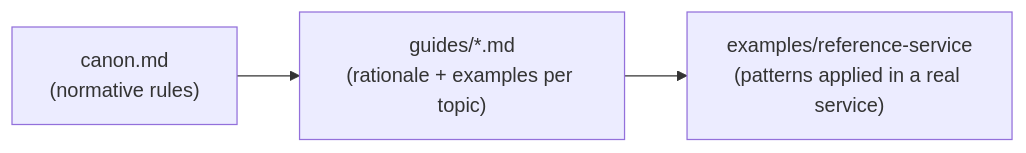
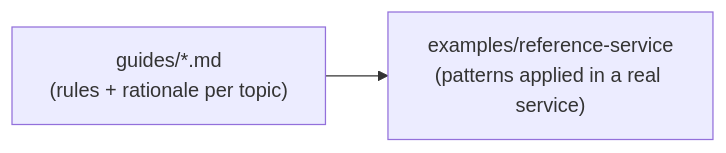
One commit to mathisarends/fastapi-canon changed the first of 2 diagrams in README.md. Above: the diagram before and after it, drawn with Mermaid. The commit also changed other lines of this file and 1 other file, not shown here.

First line of the commit message:
Remove canon.md and rework README

````diff
--- a/README.md
+++ b/README.md
@@ -24,5 +25,4 @@
 ```mermaid
 flowchart LR
-    canon["canon.md<br/>(normative rules)"] --> guides["guides/*.md<br/>(rationale + examples per topic)"]
-    guides --> reference["examples/reference-service<br/>(patterns applied in a real service)"]
+    guides["guides/*.md<br/>(rules + rationale per topic)"] --> reference["examples/reference-service<br/>(patterns applied in a real service)"]
 ```
````
